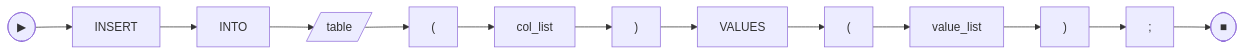
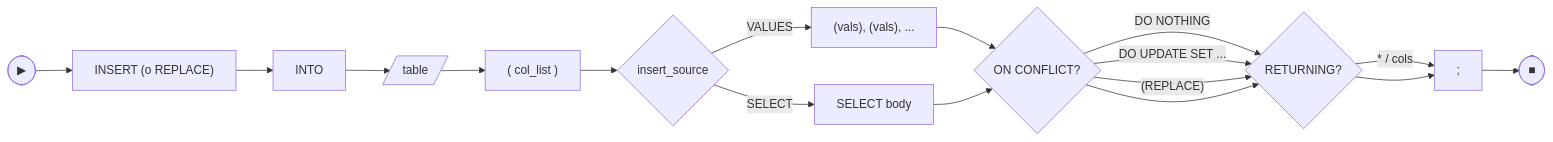
Before and after one commit to vladimiracunadev-create/gabysql: diagram 11 of 17 in docs/SQL_REFERENCE.md, drawn with Mermaid. The commit also changed other lines of this file and 2 other files, not shown here.

````diff
--- a/docs/SQL_REFERENCE.md
+++ b/docs/SQL_REFERENCE.md
@@ -453,7 +453,17 @@
 ```mermaid
 flowchart LR
-    S([▶]) --> I[INSERT] --> INTO[INTO] --> T[/table/]
-    T --> P1["("] --> COLS[col_list] --> P2[")"]
-    P2 --> V[VALUES] --> P3["("] --> VALS[value_list] --> P4[")"]
-    P4 --> SEMI[";"] --> E([■])
+    S([▶]) --> I["INSERT (o REPLACE)"] --> INTO[INTO] --> T[/table/]
+    T --> COLS["( col_list )"]
+    COLS --> SRC{insert_source}
+    SRC -- "VALUES" --> ROWS["(vals), (vals), ..."]
+    SRC -- "SELECT" --> SEL[SELECT body]
+    ROWS --> OC{ON CONFLICT?}
+    SEL --> OC
+    OC -- "DO NOTHING" --> RET
+    OC -- "DO UPDATE SET ..." --> RET
+    OC -- "(REPLACE)" --> RET
+    OC --> RET{RETURNING?}
+    RET -- "*  /  cols" --> SEMI[";"]
+    RET --> SEMI
+    SEMI --> E([■])
 ```
````
